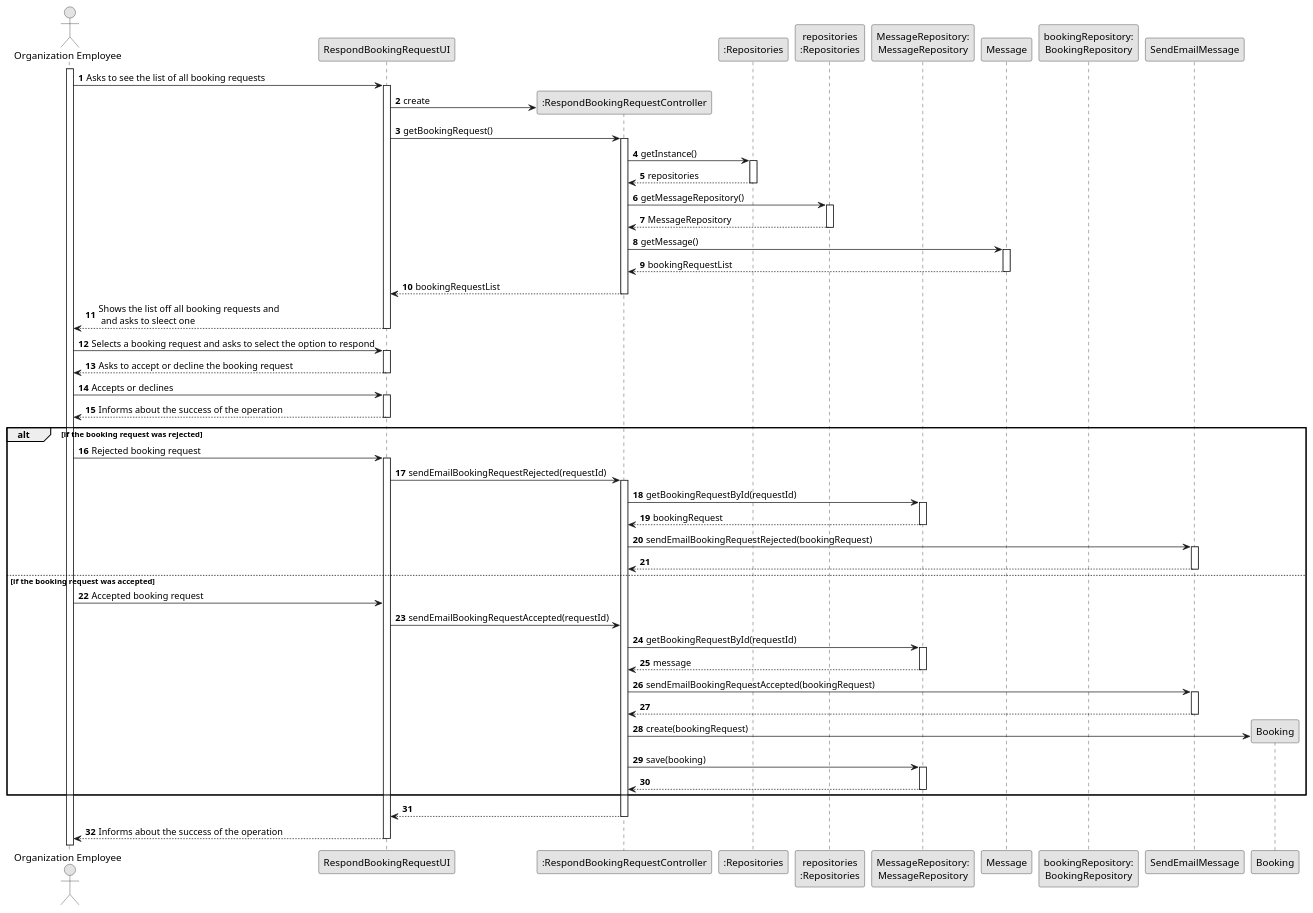
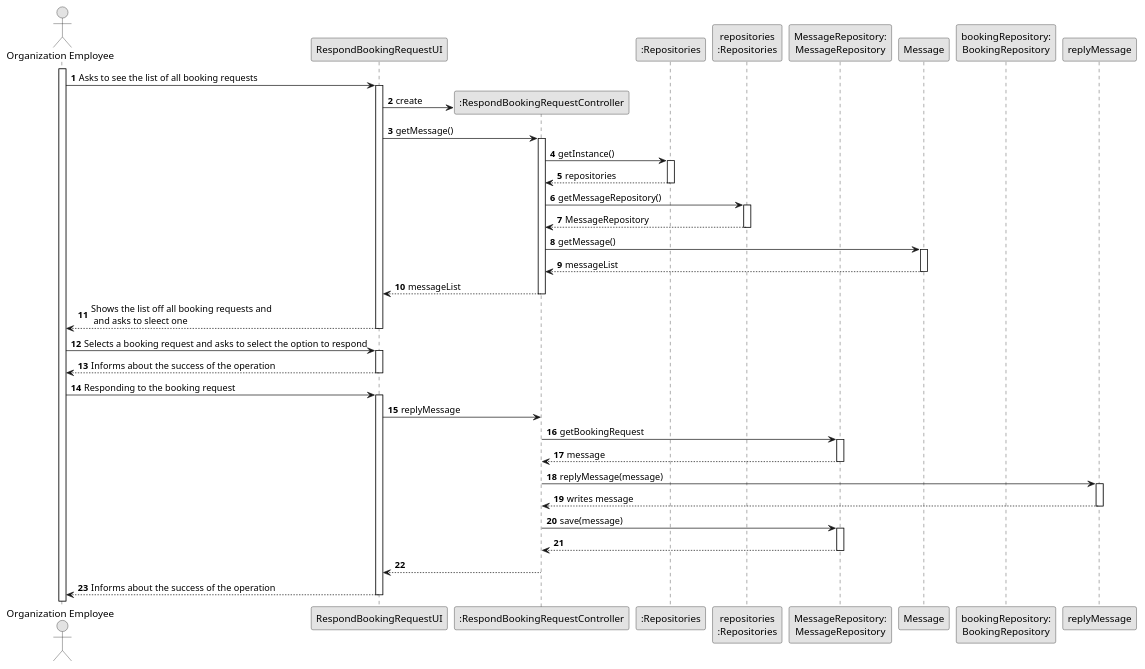
Before and after one commit to 1220812/LAPR2: the diagram in docs/sprintD/us016/03.design/puml/us016-sequence-diagram-full.puml, drawn with PlantUML. The commit also changed 6 other files, not shown here.

```diff
--- a/docs/sprintD/us016/03.design/puml/us016-sequence-diagram-full.puml
+++ b/docs/sprintD/us016/03.design/puml/us016-sequence-diagram-full.puml
@@ -1,151 +1,105 @@
 @startuml
 skinparam monochrome true
 skinparam packageStyle rectangle
 skinparam shadowing false
 
 autonumber
 
 'hide footbox
 actor "Organization Employee" as ADM
 participant "RespondBookingRequestUI" as UI
 participant ":RespondBookingRequestController" as CTRL
 participant ":Repositories" as RepositorySingleton
 participant "repositories\n:Repositories" as PLAT
 participant "MessageRepository:\nMessageRepository" as MessageRepository
 participant "Message" as Message
 participant "bookingRepository:\nBookingRepository" as BookingRepository
 
 activate ADM
 
         ADM -> UI : Asks to see the list of all booking requests
 
         activate UI
 
 '            UI --> ADM : requests data (reference, description,  informal \n description, technical description, duration, cost)
             'create CTRL
             UI -> CTRL** : create
 
-            UI -> CTRL : getBookingRequest()
+            UI -> CTRL : getMessage()
             activate CTRL
 
                 CTRL -> RepositorySingleton : getInstance()
                 activate RepositorySingleton
 
                     RepositorySingleton --> CTRL: repositories
                 deactivate RepositorySingleton
 
                 CTRL -> PLAT : getMessageRepository()
                 activate PLAT
 
                     PLAT --> CTRL: MessageRepository
                 deactivate PLAT
 
                 CTRL -> Message : getMessage()
                 activate Message
 
-                   Message --> CTRL : bookingRequestList
+                   Message --> CTRL : messageList
                 deactivate Message
 
-                CTRL --> UI : bookingRequestList
+                CTRL --> UI : messageList
             deactivate CTRL
 
             UI --> ADM : Shows the list off all booking requests and \n and asks to sleect one
         deactivate UI
 
     ADM -> UI : Selects a booking request and asks to select the option to respond
     activate UI
 
-        UI --> ADM : Asks to accept or decline the booking request
-    deactivate UI
-
-    ADM -> UI : Accepts or declines
-    activate UI
 
     UI --> ADM : Informs about the success of the operation
 
     deactivate UI
 
-    alt if the booking request was rejected
+
+    ADM -> UI : Responding to the booking request
+    activate UI
 
 
+       UI -> CTRL : replyMessage
 
-
-   ADM -> UI : Rejected booking request
-
-   activate UI
-
-   UI -> CTRL : sendEmailBookingRequestRejected(requestId)
-
-
-
-   activate CTRL
-
-   CTRL -> MessageRepository: getBookingRequestById(requestId)
-
-   activate MessageRepository
-
-   MessageRepository --> CTRL : bookingRequest
-
-   deactivate MessageRepository
-
-
-   CTRL -> SendEmailMessage : sendEmailBookingRequestRejected(bookingRequest)
-
-
-   activate SendEmailMessage
-
-   SendEmailMessage --> CTRL :
-
-
-
-   deactivate SendEmailMessage
-
-    else if the booking request was accepted
-
-    ADM -> UI : Accepted booking request
-
-
-
-       UI -> CTRL : sendEmailBookingRequestAccepted(requestId)
-
-      CTRL -> MessageRepository: getBookingRequestById(requestId)
+      CTRL -> MessageRepository: getBookingRequest
 
        activate MessageRepository
 
        MessageRepository --> CTRL : message
 
        deactivate MessageRepository
 
 
-    CTRL -> SendEmailMessage : sendEmailBookingRequestAccepted(bookingRequest)
+    CTRL -> replyMessage : replyMessage(message)
 
-    activate SendEmailMessage
+    activate replyMessage
 
-    SendEmailMessage --> CTRL :
+    replyMessage --> CTRL : writes message
 
-    deactivate SendEmailMessage
+    deactivate replyMessage
 
-    CTRL -> Booking** : create(bookingRequest)
 
-    CTRL -> MessageRepository : save(booking)
+    CTRL -> MessageRepository : save(message)
 
     activate MessageRepository
 
     MessageRepository --> CTRL :
 
     deactivate MessageRepository
-
-
-
-    end
 
     CTRL --> UI:
 
     deactivate CTRL
 
     UI --> ADM : Informs about the success of the operation
 
     deactivate UI
 
 
 @enduml
```
